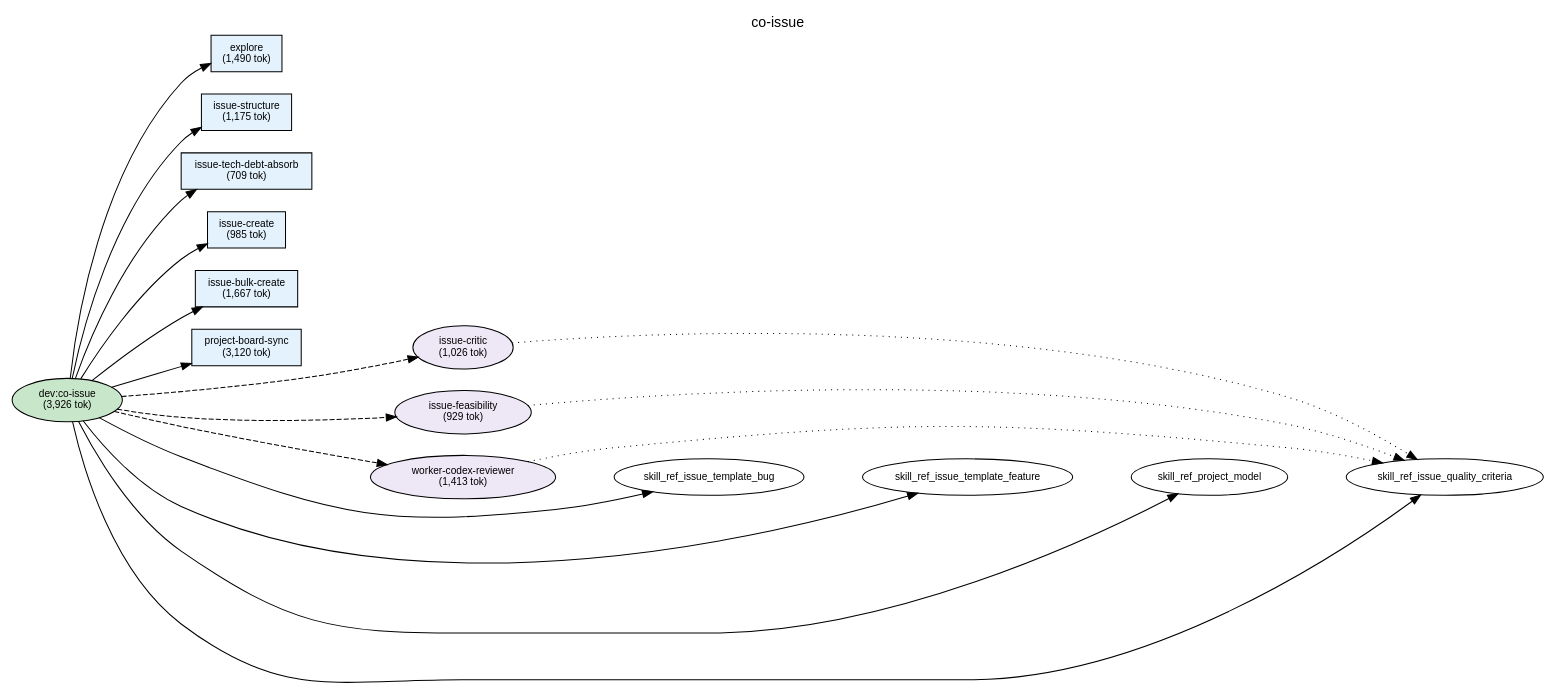
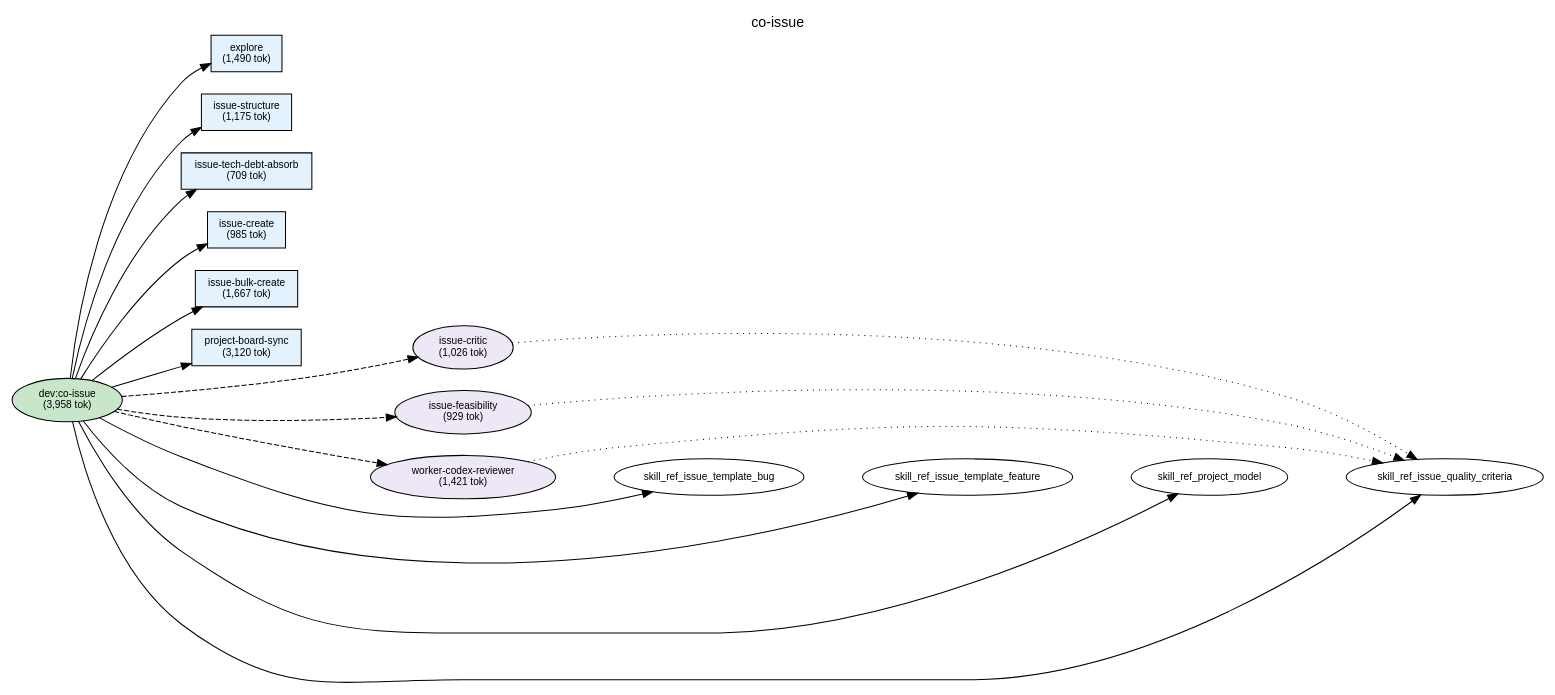
One commit to shuu5/twill changed the diagram in plugins/dev/docs/deps-co-issue.dot. Above: the diagram before and after it, drawn with Graphviz. The commit also changed 22 other files, not shown here.

```diff
--- a/plugins/dev/docs/deps-co-issue.dot
+++ b/plugins/dev/docs/deps-co-issue.dot
@@ -1,78 +1,78 @@
 digraph Dependencies {
     // Graph settings
     rankdir=LR;
     ranksep=0.8;
     nodesep=0.3;
     fontname="Helvetica";
     node [fontname="Helvetica", fontsize=10];
     edge [fontname="Helvetica", fontsize=9];
     label="co-issue";
     labelloc=t;
     fontsize=14;
 
     // L0: Controller Skills
-    skill_co_issue [label="dev:co-issue\n(3,926 tok)", shape=ellipse, style=filled, fillcolor="#c8e6c9"];
+    skill_co_issue [label="dev:co-issue\n(3,958 tok)", shape=ellipse, style=filled, fillcolor="#c8e6c9"];
 
     // L0: Launchers
 
     // L0.5: Workflow Skills
 
     // Reference Skills
 
     // L1: Direct Commands
     cmd_issue_structure [label="issue-structure\n(1,175 tok)", shape=box, style=filled, fillcolor="#e3f2fd"];
     cmd_issue_create [label="issue-create\n(985 tok)", shape=box, style=filled, fillcolor="#e3f2fd"];
     cmd_issue_bulk_create [label="issue-bulk-create\n(1,667 tok)", shape=box, style=filled, fillcolor="#e3f2fd"];
     cmd_issue_tech_debt_absorb [label="issue-tech-debt-absorb\n(709 tok)", shape=box, style=filled, fillcolor="#e3f2fd"];
     cmd_project_board_sync [label="project-board-sync\n(3,120 tok)", shape=box, style=filled, fillcolor="#e3f2fd"];
     cmd_explore [label="explore\n(1,490 tok)", shape=box, style=filled, fillcolor="#e3f2fd"];
 
     // L2: Sub Commands
 
     // L3: Agents
     agent_issue_critic [label="issue-critic\n(1,026 tok)", shape=ellipse, style=filled, fillcolor="#ede7f6"];
     agent_issue_feasibility [label="issue-feasibility\n(929 tok)", shape=ellipse, style=filled, fillcolor="#ede7f6"];
-    agent_worker_codex_reviewer [label="worker-codex-reviewer\n(1,413 tok)", shape=ellipse, style=filled, fillcolor="#ede7f6"];
+    agent_worker_codex_reviewer [label="worker-codex-reviewer\n(1,421 tok)", shape=ellipse, style=filled, fillcolor="#ede7f6"];
 
     // L3.5: Scripts
 
     // L4: External
 
     // Layer constraints
     { rank=same; skill_co_issue; }
     { rank=same; cmd_issue_structure; cmd_issue_create; cmd_issue_bulk_create; cmd_issue_tech_debt_absorb; cmd_project_board_sync; cmd_explore; }
     { rank=same; agent_issue_critic; agent_issue_feasibility; agent_worker_codex_reviewer; }
 
     // Edges
     skill_co_issue -> cmd_explore;
     skill_co_issue -> cmd_issue_structure;
     skill_co_issue -> cmd_issue_tech_debt_absorb;
     skill_co_issue -> cmd_issue_create;
     skill_co_issue -> cmd_issue_bulk_create;
     skill_co_issue -> cmd_project_board_sync;
     skill_co_issue -> agent_issue_critic [style=dashed];
     skill_co_issue -> agent_issue_feasibility [style=dashed];
     skill_co_issue -> agent_worker_codex_reviewer [style=dashed];
     skill_co_issue -> skill_ref_issue_template_bug;
     skill_co_issue -> skill_ref_issue_template_feature;
     skill_co_issue -> skill_ref_project_model;
     skill_co_issue -> skill_ref_issue_quality_criteria;
     agent_issue_critic -> skill_ref_issue_quality_criteria [style=dotted];
     agent_issue_feasibility -> skill_ref_issue_quality_criteria [style=dotted];
     agent_worker_codex_reviewer -> skill_ref_issue_quality_criteria [style=dotted];
 
     // Ordering constraints (invisible edges)
     cmd_explore -> cmd_issue_structure [style=invis, weight=10];
     cmd_issue_structure -> cmd_issue_tech_debt_absorb [style=invis, weight=10];
     cmd_issue_tech_debt_absorb -> cmd_issue_create [style=invis, weight=10];
     cmd_issue_create -> cmd_issue_bulk_create [style=invis, weight=10];
     cmd_issue_bulk_create -> cmd_project_board_sync [style=invis, weight=10];
     cmd_project_board_sync -> agent_issue_critic [style=invis, weight=10];
     agent_issue_critic -> agent_issue_feasibility [style=invis, weight=10];
     agent_issue_feasibility -> agent_worker_codex_reviewer [style=invis, weight=10];
     agent_worker_codex_reviewer -> skill_ref_issue_template_bug [style=invis, weight=10];
     skill_ref_issue_template_bug -> skill_ref_issue_template_feature [style=invis, weight=10];
     skill_ref_issue_template_feature -> skill_ref_project_model [style=invis, weight=10];
     skill_ref_project_model -> skill_ref_issue_quality_criteria [style=invis, weight=10];
 
 }
```
